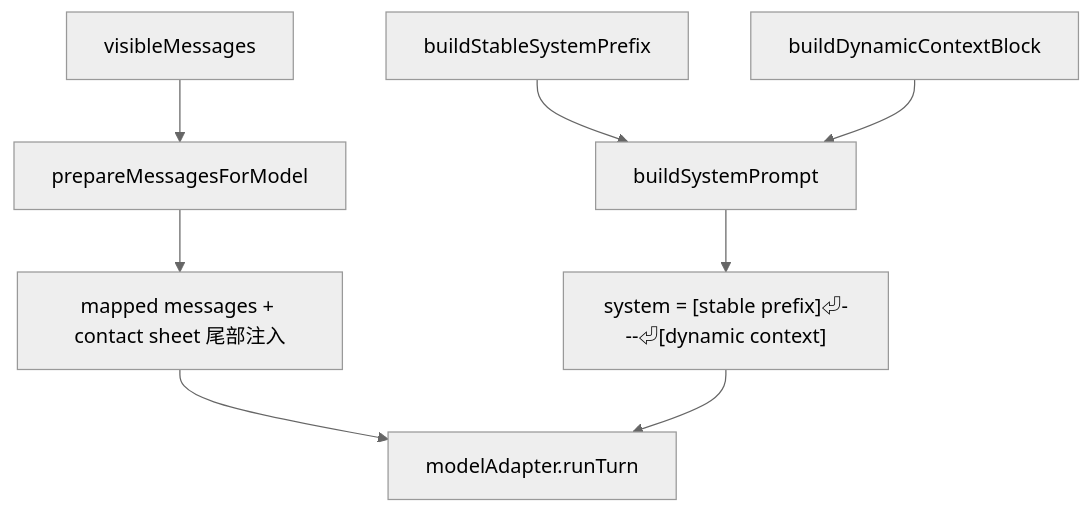
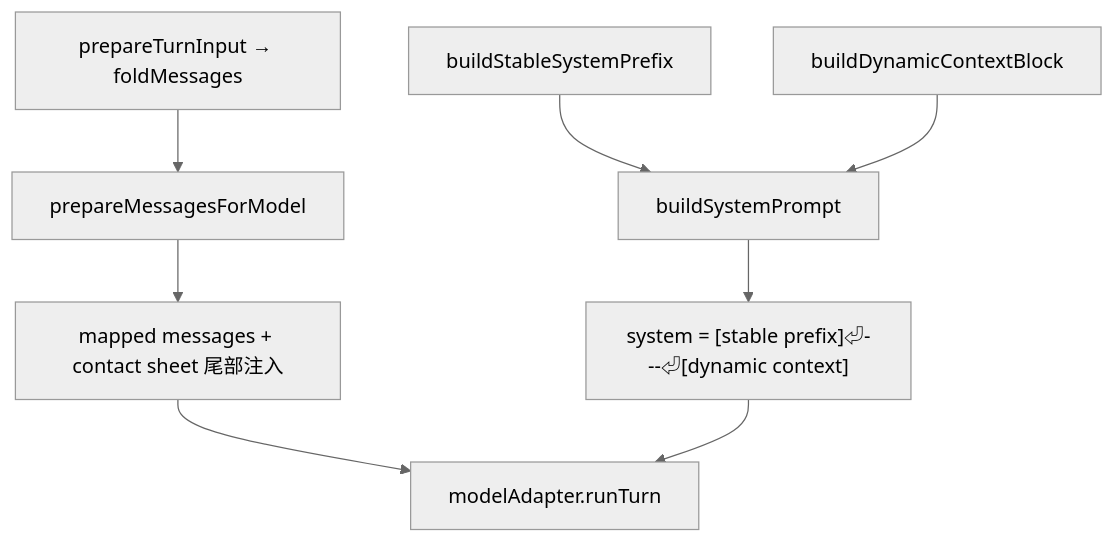
One commit to magele758/ppeng-agent-core changed the third of 8 diagrams in doc/ARCHITECTURE.md. Above: the diagram before and after it, drawn with Mermaid (neutral theme). The commit also changed other lines of this file and 2 other files, not shown here.

First line of the commit message:
docs: align architecture with WAL fold and L0-L6 subpaths

````diff
--- a/doc/ARCHITECTURE.md
+++ b/doc/ARCHITECTURE.md
@@ -240,10 +257,10 @@
 ```mermaid
 flowchart TB
-    A[visibleMessages] --> B[prepareMessagesForModel]
+    A["prepareTurnInput → foldMessages"] --> B[prepareMessagesForModel]
     B --> C[mapped messages + contact sheet 尾部注入]
     D[buildStableSystemPrefix] --> E[buildSystemPrompt]
     F[buildDynamicContextBlock] --> E
     E --> G["system = [stable prefix]⏎---⏎[dynamic context]"]
     C --> H[modelAdapter.runTurn]
     G --> H
 ```
````
